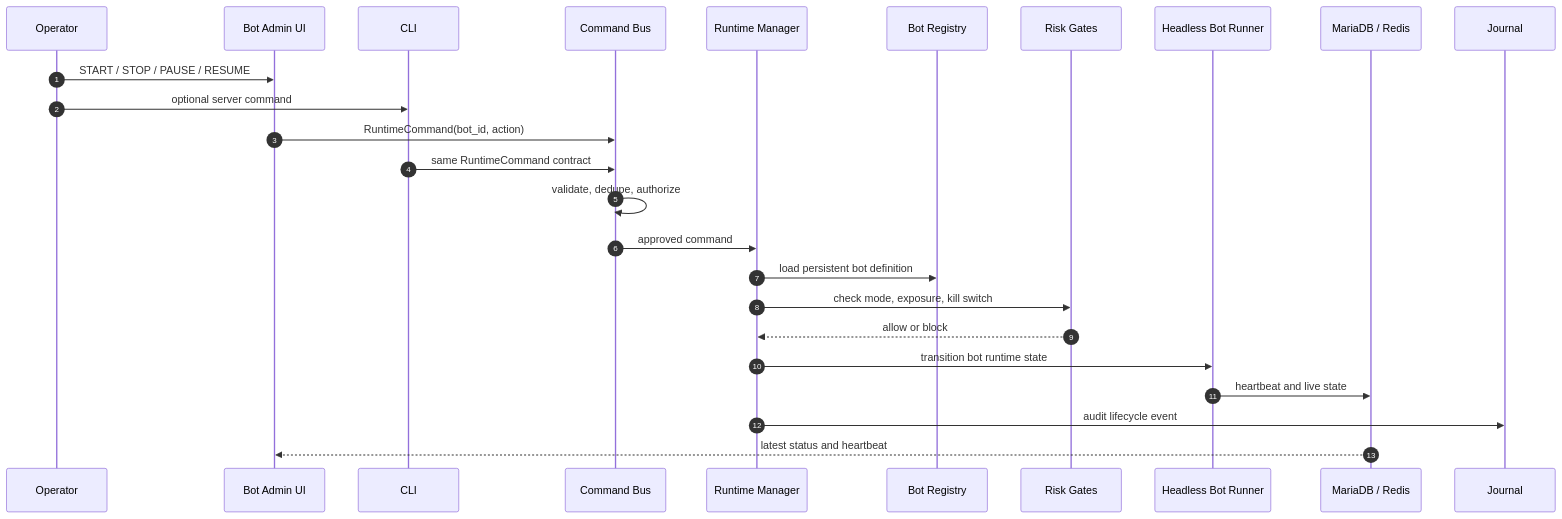
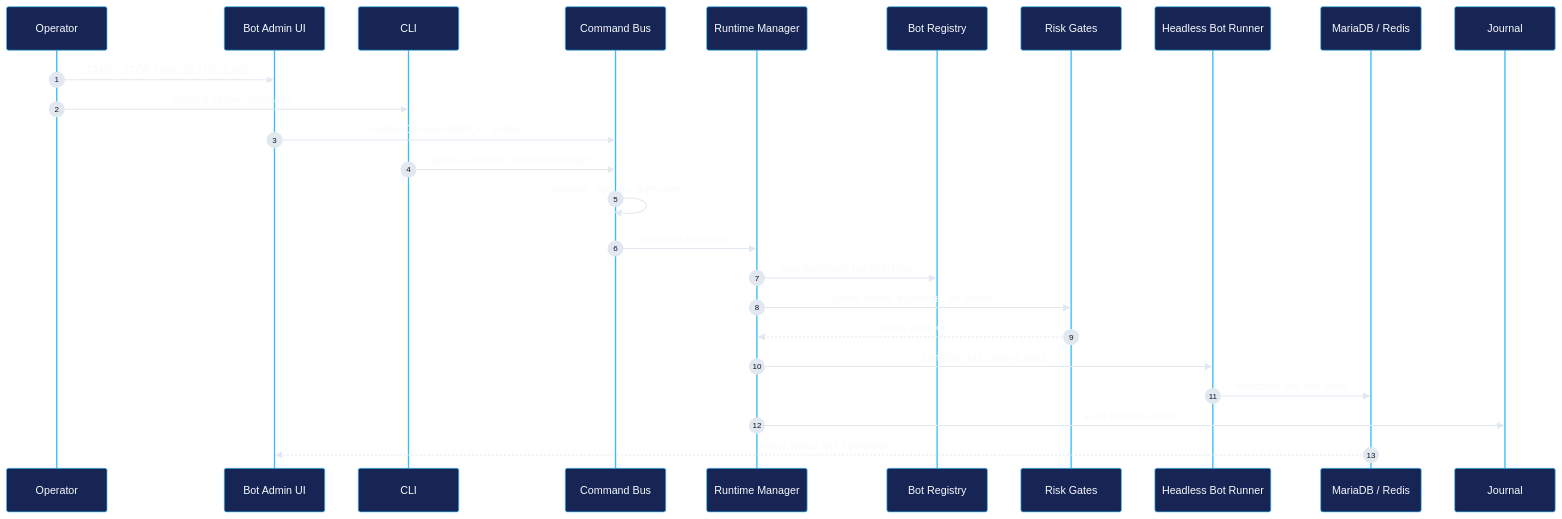
One commit to kaniampurath/mytradingmind-ai changed the second of 4 diagrams in docs/ARCHITECTURE.md. Above: the diagram before and after it, drawn with Mermaid. The commit also changed other lines of this file and 2 other files, not shown here.

Commit message:
Tune architecture diagrams for dark and light themes

````diff
--- a/docs/ARCHITECTURE.md
+++ b/docs/ARCHITECTURE.md
@@ -146,28 +147,29 @@
 ```mermaid
+%%{init: {"theme": "base", "themeVariables": {"background": "#07111f", "actorBkg": "#172554", "actorTextColor": "#f8fafc", "actorBorder": "#38bdf8", "activationBkgColor": "#1e293b", "activationBorderColor": "#60a5fa", "sequenceNumberColor": "#0f172a", "signalColor": "#e2e8f0", "signalTextColor": "#f8fafc", "labelBoxBkgColor": "#111827", "labelBoxBorderColor": "#475569", "labelTextColor": "#f8fafc", "loopTextColor": "#f8fafc", "noteBkgColor": "#1e293b", "noteTextColor": "#f8fafc", "fontFamily": "Inter, Segoe UI, Arial, sans-serif"}} }%%
 sequenceDiagram
     autonumber
     participant Operator as Operator
     participant UI as Bot Admin UI
     participant CLI as CLI
     participant Bus as Command Bus
     participant Manager as Runtime Manager
     participant Registry as Bot Registry
     participant Risk as Risk Gates
     participant Runner as Headless Bot Runner
     participant Store as MariaDB / Redis
     participant Journal as Journal
 
     Operator->>UI: START / STOP / PAUSE / RESUME
     Operator->>CLI: optional server command
     UI->>Bus: RuntimeCommand(bot_id, action)
     CLI->>Bus: same RuntimeCommand contract
     Bus->>Bus: validate, dedupe, authorize
     Bus->>Manager: approved command
     Manager->>Registry: load persistent bot definition
     Manager->>Risk: check mode, exposure, kill switch
     Risk-->>Manager: allow or block
     Manager->>Runner: transition bot runtime state
     Runner->>Store: heartbeat and live state
     Manager->>Journal: audit lifecycle event
     Store-->>UI: latest status and heartbeat
 ```
````
